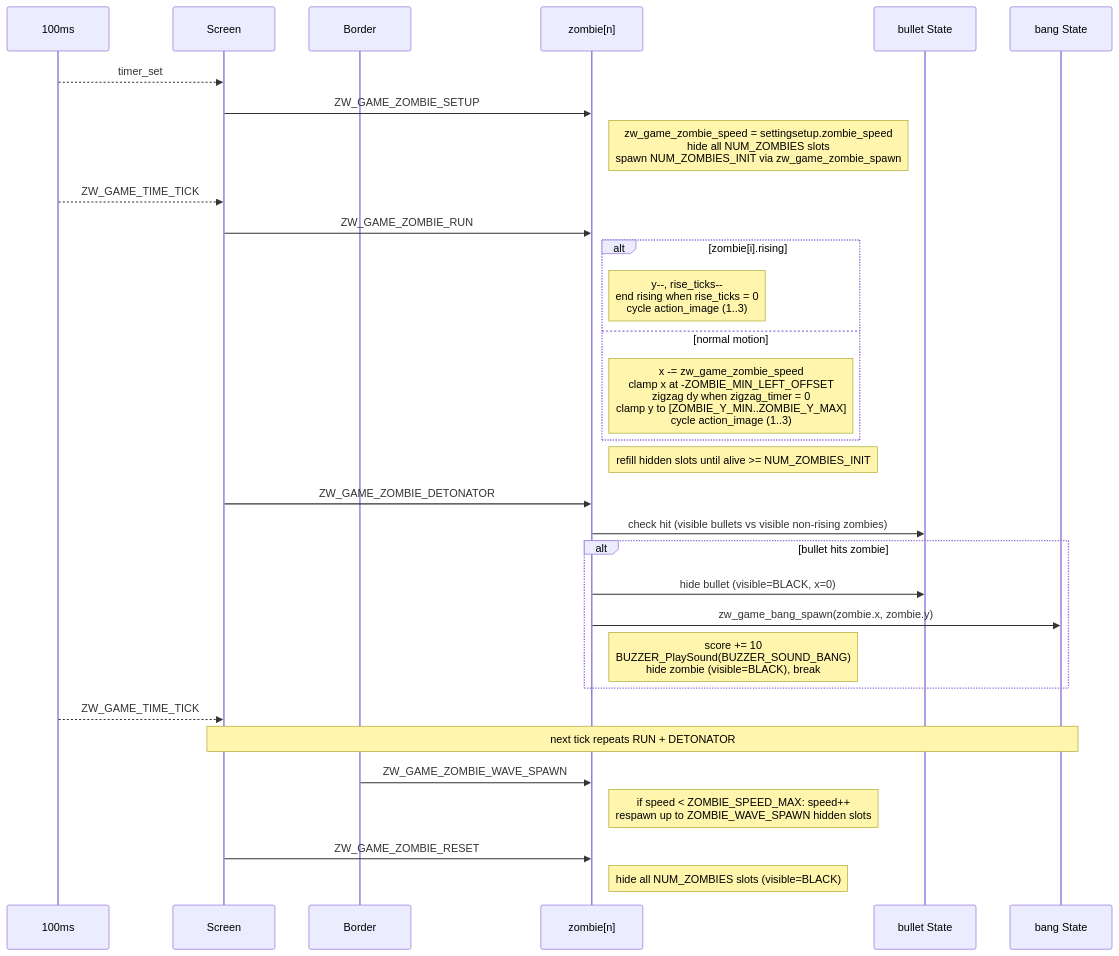
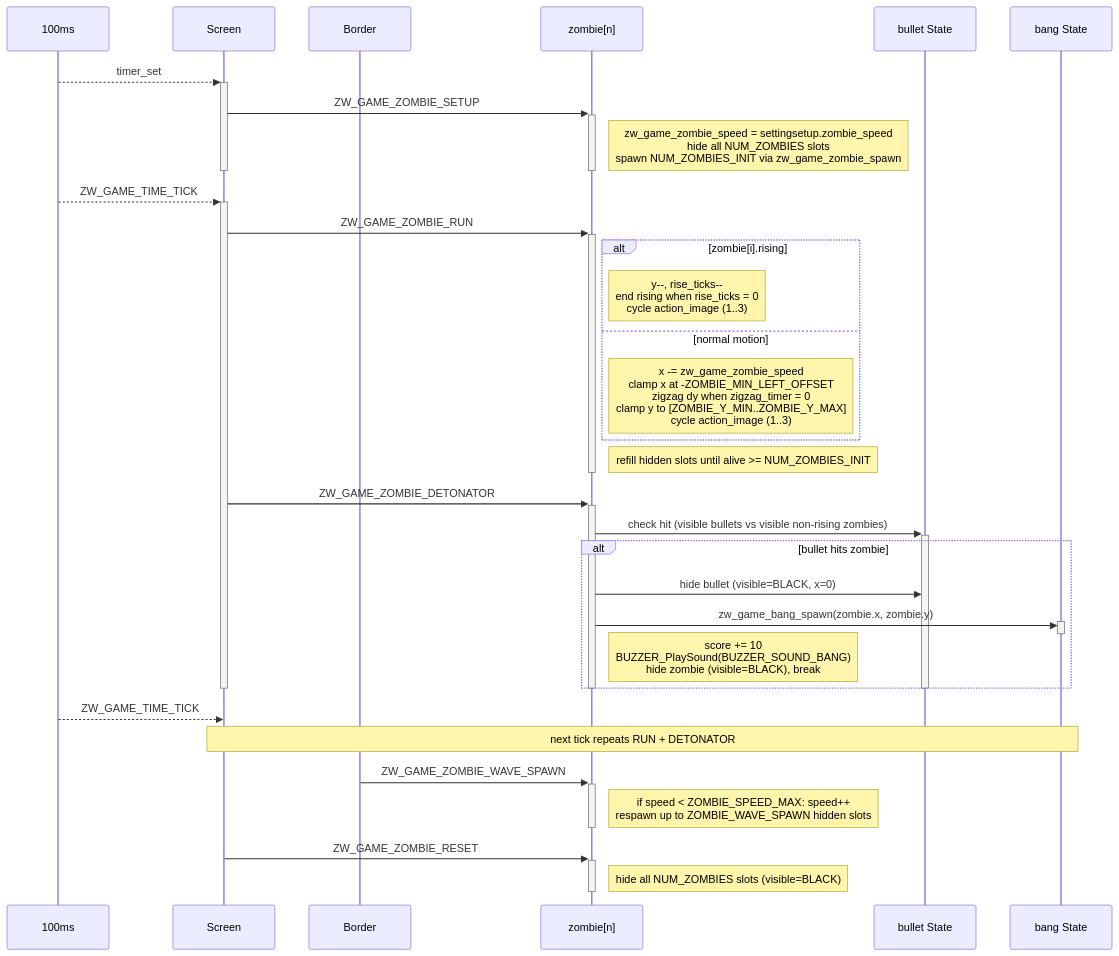
Before and after one commit to caotrongphuoc/mini-clock: the diagram in docs/object_sequence.md, drawn with Mermaid.

Commit message:
[UPDATE] zombie's sequence

````diff
--- a/docs/object_sequence.md
+++ b/docs/object_sequence.md
@@ -45,39 +45,48 @@
 ```mermaid
 sequenceDiagram
     participant Timer as 100ms
     participant Screen
     participant Border
     participant Zombie as zombie[n]
     participant Bullet as bullet State
     participant Bang as bang State
 
-    Timer-->>Screen: timer_set
-    Screen->>Zombie: ZW_GAME_ZOMBIE_SETUP
+    Timer-->>+Screen: timer_set
+    Screen->>+Zombie: ZW_GAME_ZOMBIE_SETUP
     Note right of Zombie: zw_game_zombie_speed = settingsetup.zombie_speed<br/>hide all NUM_ZOMBIES slots<br/>spawn NUM_ZOMBIES_INIT via zw_game_zombie_spawn
+    deactivate Zombie
+    deactivate Screen
 
-    Timer-->>Screen: ZW_GAME_TIME_TICK
-    Screen->>Zombie: ZW_GAME_ZOMBIE_RUN
+    Timer-->>+Screen: ZW_GAME_TIME_TICK
+    Screen->>+Zombie: ZW_GAME_ZOMBIE_RUN
     alt zombie[i].rising
         Note right of Zombie: y--, rise_ticks--<br/>end rising when rise_ticks = 0<br/>cycle action_image (1..3)
     else normal motion
         Note right of Zombie: x -= zw_game_zombie_speed<br/>clamp x at -ZOMBIE_MIN_LEFT_OFFSET<br/>zigzag dy when zigzag_timer = 0<br/>clamp y to [ZOMBIE_Y_MIN..ZOMBIE_Y_MAX]<br/>cycle action_image (1..3)
     end
     Note right of Zombie: refill hidden slots until alive >= NUM_ZOMBIES_INIT
+    deactivate Zombie
 
-    Screen->>Zombie: ZW_GAME_ZOMBIE_DETONATOR
-    Zombie->>Bullet: check hit (visible bullets vs visible non-rising zombies)
+    Screen->>+Zombie: ZW_GAME_ZOMBIE_DETONATOR
+    Zombie->>+Bullet: check hit (visible bullets vs visible non-rising zombies)
     alt bullet hits zombie
         Zombie->>Bullet: hide bullet (visible=BLACK, x=0)
-        Zombie->>Bang: zw_game_bang_spawn(zombie.x, zombie.y)
+        Zombie->>+Bang: zw_game_bang_spawn(zombie.x, zombie.y)
+        deactivate Bang
         Note right of Zombie: score += 10<br/>BUZZER_PlaySound(BUZZER_SOUND_BANG)<br/>hide zombie (visible=BLACK), break
     end
+    deactivate Bullet
+    deactivate Zombie
+    deactivate Screen
 
     Timer-->>Screen: ZW_GAME_TIME_TICK
     Note over Screen,Bang: next tick repeats RUN + DETONATOR
 
-    Border->>Zombie: ZW_GAME_ZOMBIE_WAVE_SPAWN
+    Border->>+Zombie: ZW_GAME_ZOMBIE_WAVE_SPAWN
     Note right of Zombie: if speed < ZOMBIE_SPEED_MAX: speed++<br/>respawn up to ZOMBIE_WAVE_SPAWN hidden slots
+    deactivate Zombie
 
-    Screen->>Zombie: ZW_GAME_ZOMBIE_RESET
+    Screen->>+Zombie: ZW_GAME_ZOMBIE_RESET
     Note right of Zombie: hide all NUM_ZOMBIES slots (visible=BLACK)
+    deactivate Zombie
 ```
````
